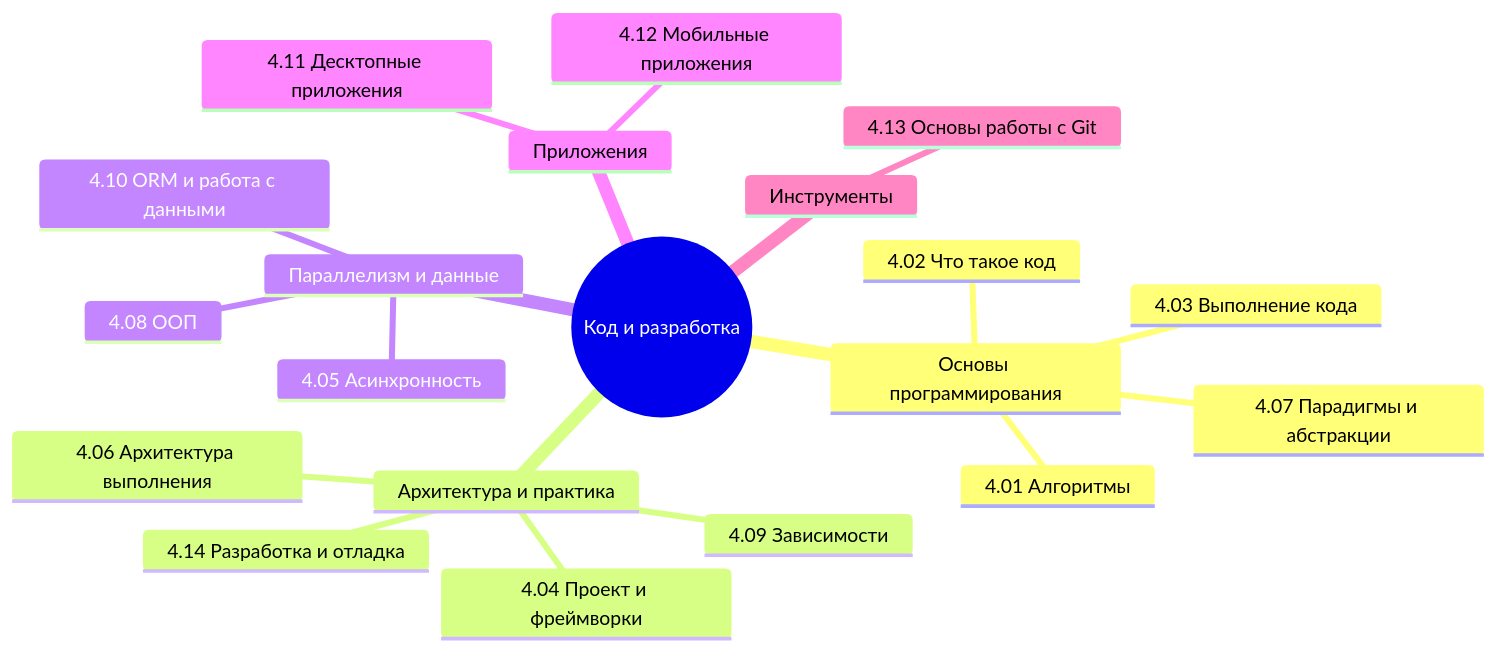
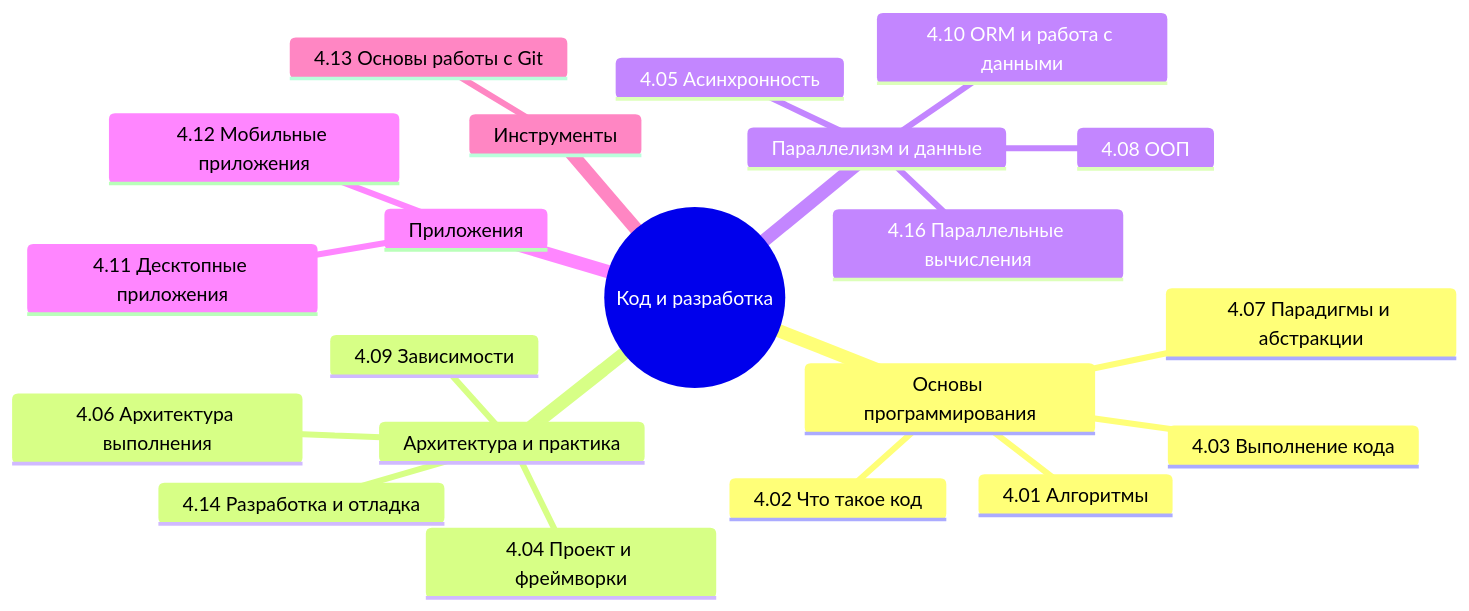
One commit to Spirzen/it-knowledge-base changed the diagram in docs/encyclopedia/4-code-dev/code-dev.md. Above: the diagram before and after it, drawn with Mermaid. The commit also changed 1180 other files, not shown here.

````diff
--- a/docs/encyclopedia/4-code-dev/code-dev.md
+++ b/docs/encyclopedia/4-code-dev/code-dev.md
@@ -22,23 +22,24 @@
 ```mermaid
 mindmap
   root((Код и разработка))
     Основы программирования
       4.01 Алгоритмы
       4.02 Что такое код
       4.03 Выполнение кода
       4.07 Парадигмы и абстракции
     Архитектура и практика
       4.04 Проект и фреймворки
       4.06 Архитектура выполнения
       4.09 Зависимости
       4.14 Разработка и отладка
     Параллелизм и данные
       4.05 Асинхронность
+      4.16 Параллельные вычисления
       4.08 ООП
       4.10 ORM и работа с данными
     Приложения
       4.11 Десктопные приложения
       4.12 Мобильные приложения
     Инструменты
       4.13 Основы работы с Git
 ```
````
